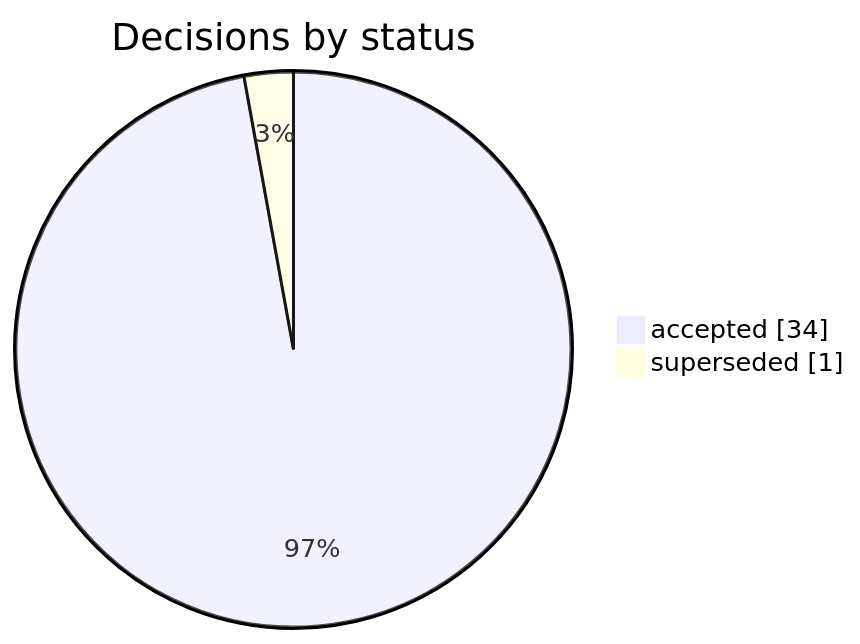
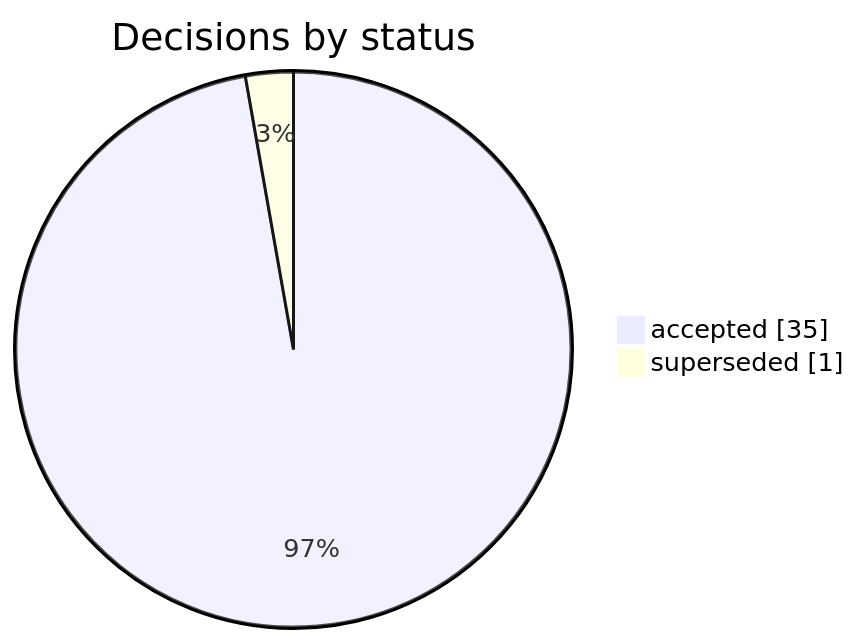
One commit to korczis/OpenTTD changed the diagram in .ai/repo/adrs/README.md. Above: the diagram before and after it, drawn with Mermaid. The commit also changed other lines of this file and 41 other files, not shown here.

````diff
--- a/.ai/repo/adrs/README.md
+++ b/.ai/repo/adrs/README.md
@@ -29,6 +29,6 @@
 ```mermaid
 pie showData title Decisions by status
     %% links: README.md?col=Status&filter=accepted#index | README.md?col=Status&filter=superseded#index
-    "accepted" : 34
+    "accepted" : 35
     "superseded" : 1
 ```
````
